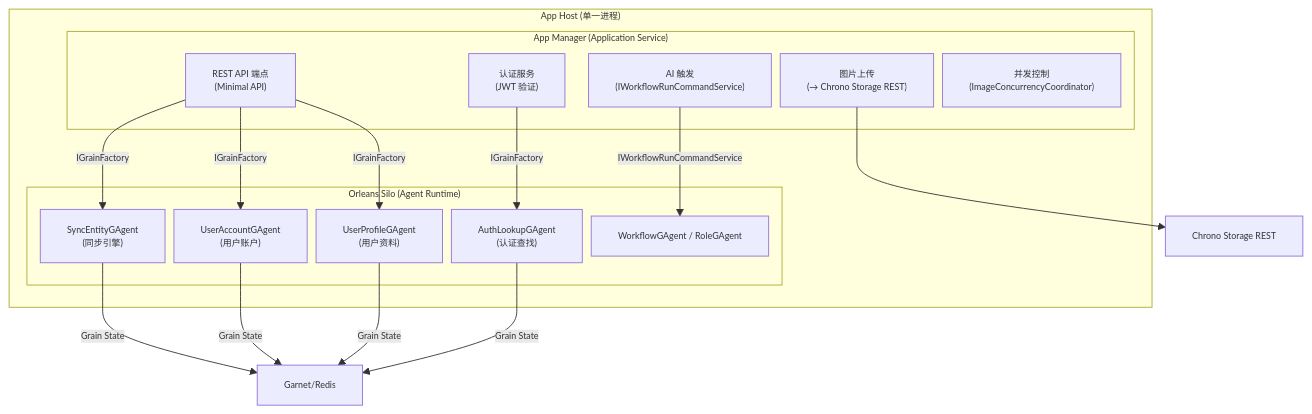
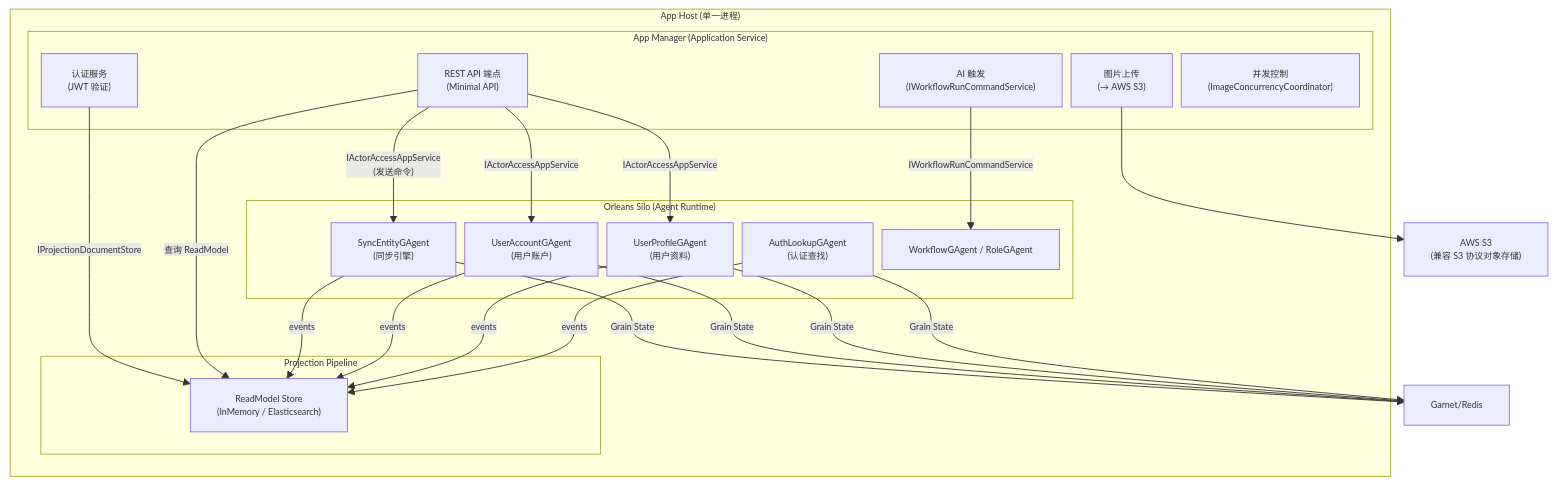
The seventh of 15 diagrams in apps/aevatar-app/docs/refactoring-plan.md (aevatarAI/aevatar), drawn with Mermaid before and after one commit. The commit also changed other lines of this file and 2 other files, not shown here.

Commit message:
docs: add architecture audit and Soul Garden decoupling plan

````diff
--- a/apps/aevatar-app/docs/refactoring-plan.md
+++ b/apps/aevatar-app/docs/refactoring-plan.md
@@ -1027,33 +1197,42 @@
 ```mermaid
 %%{init: {"maxTextSize": 100000, "flowchart": {"useMaxWidth": false, "nodeSpacing": 10, "rankSpacing": 50}, "themeVariables": {"fontSize": "10px"}}}%%
 graph TB
     subgraph "App Host (单一进程)"
         subgraph "App Manager (Application Service)"
             GM_AUTH["认证服务<br/>(JWT 验证)"]
             GM_API["REST API 端点<br/>(Minimal API)"]
             GM_AI["AI 触发<br/>(IWorkflowRunCommandService)"]
-            GM_UPLOAD["图片上传<br/>(→ Chrono Storage REST)"]
+            GM_UPLOAD["图片上传<br/>(→ AWS S3)"]
             GM_CONC["并发控制<br/>(ImageConcurrencyCoordinator)"]
+        end
+
+        subgraph "Projection Pipeline"
+            PROJ["ReadModel Store<br/>(InMemory / Elasticsearch)"]
         end
 
         subgraph "Orleans Silo (Agent Runtime)"
             UG["SyncEntityGAgent<br/>(同步引擎)"]
             UA["UserAccountGAgent<br/>(用户账户)"]
             UP["UserProfileGAgent<br/>(用户资料)"]
             AL["AuthLookupGAgent<br/>(认证查找)"]
             WF_ROLES["WorkflowGAgent / RoleGAgent"]
         end
 
-        GM_AUTH -->|"IGrainFactory"| AL
-        GM_API -->|"IGrainFactory"| UG
-        GM_API -->|"IGrainFactory"| UA
-        GM_API -->|"IGrainFactory"| UP
+        GM_AUTH -->|"IProjectionDocumentStore"| PROJ
+        GM_API -->|"查询 ReadModel"| PROJ
+        GM_API -->|"IActorAccessAppService<br/>(发送命令)"| UG
+        GM_API -->|"IActorAccessAppService"| UA
+        GM_API -->|"IActorAccessAppService"| UP
         GM_AI -->|"IWorkflowRunCommandService"| WF_ROLES
+        UG -->|"events"| PROJ
+        UA -->|"events"| PROJ
+        UP -->|"events"| PROJ
+        AL -->|"events"| PROJ
     end
 
-    GM_UPLOAD --> CS["Chrono Storage REST"]
+    GM_UPLOAD --> S3["AWS S3<br/>(兼容 S3 协议对象存储)"]
     UG -->|"Grain State"| REDIS["Garnet/Redis"]
     UA -->|"Grain State"| REDIS
     UP -->|"Grain State"| REDIS
     AL -->|"Grain State"| REDIS
 ```
````
